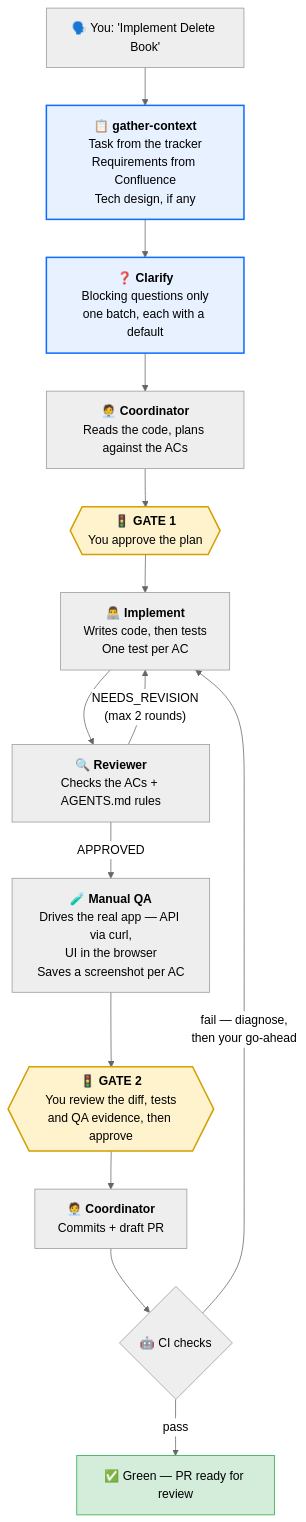
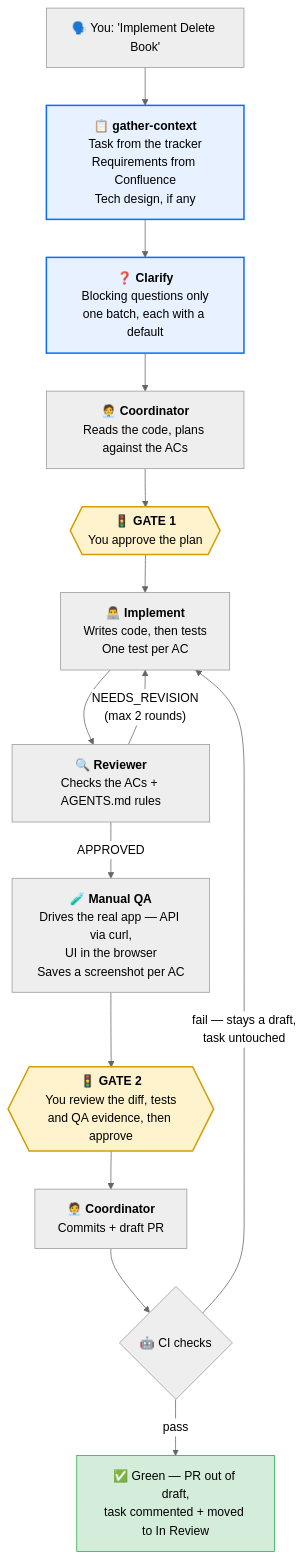
The diagram in README.md (ihor-shndr/api-template-dotnet), drawn with Mermaid (neutral theme) before and after one commit. The commit also changed other lines of this file and 3 other files, not shown here.

````diff
--- a/README.md
+++ b/README.md
@@ -31,28 +31,28 @@
 ```mermaid
 flowchart TD
     You["🗣️ You: 'Implement Delete Book'"]
     Ctx["📋 <b>gather-context</b><br/>Task from the tracker<br/>Requirements from Confluence<br/>Tech design, if any"]
     Ask["❓ <b>Clarify</b><br/>Blocking questions only<br/>one batch, each with a default"]
     Plan["🧑‍💼 <b>Coordinator</b><br/>Reads the code, plans against the ACs"]
     Gate1{{"🚦 <b>GATE 1</b><br/>You approve the plan"}}
     Impl["👨‍💻 <b>Implement</b><br/>Writes code, then tests<br/>One test per AC"]
     Review["🔍 <b>Reviewer</b><br/>Checks the ACs + AGENTS.md rules"]
     QA["🧪 <b>Manual QA</b><br/>Drives the real app — API via curl,<br/>UI in the browser<br/>Saves a screenshot per AC"]
     Gate2{{"🚦 <b>GATE 2</b><br/>You review the diff, tests<br/>and QA evidence, then approve"}}
     Ship["🧑‍💼 <b>Coordinator</b><br/>Commits + draft PR"]
     CI{"🤖 CI checks"}
-    Done["✅ Green — PR ready for review"]
+    Done["✅ Green — PR out of draft,<br/>task commented + moved to In Review"]
 
     You --> Ctx --> Ask --> Plan --> Gate1 --> Impl --> Review
     Review -->|"NEEDS_REVISION<br/>(max 2 rounds)"| Impl
     Review -->|APPROVED| QA
     QA --> Gate2 --> Ship --> CI
-    CI -->|pass| Done
-    CI -->|"fail — diagnose,<br/>then your go-ahead"| Impl
+    CI -->|"pass"| Done
+    CI -->|"fail — stays a draft,<br/>task untouched"| Impl
 
     style Ctx fill:#e7f1ff,stroke:#0d6efd,stroke-width:2px,color:#000
     style Ask fill:#e7f1ff,stroke:#0d6efd,stroke-width:2px,color:#000
     style Gate1 fill:#fff3cd,stroke:#d39e00,stroke-width:2px,color:#000
     style Gate2 fill:#fff3cd,stroke:#d39e00,stroke-width:2px,color:#000
     style Done fill:#d4edda,stroke:#28a745,color:#000
 ```
````
